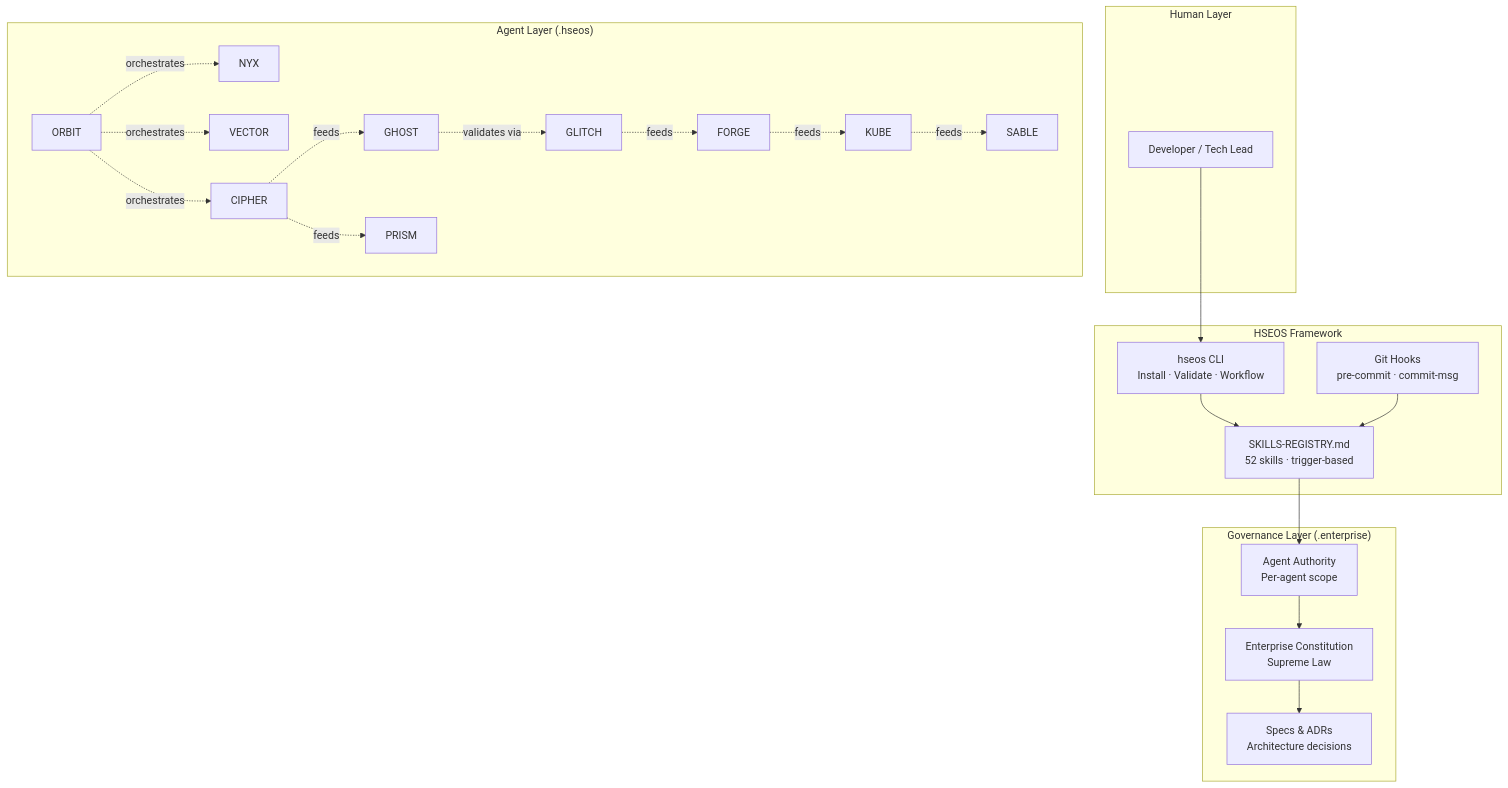
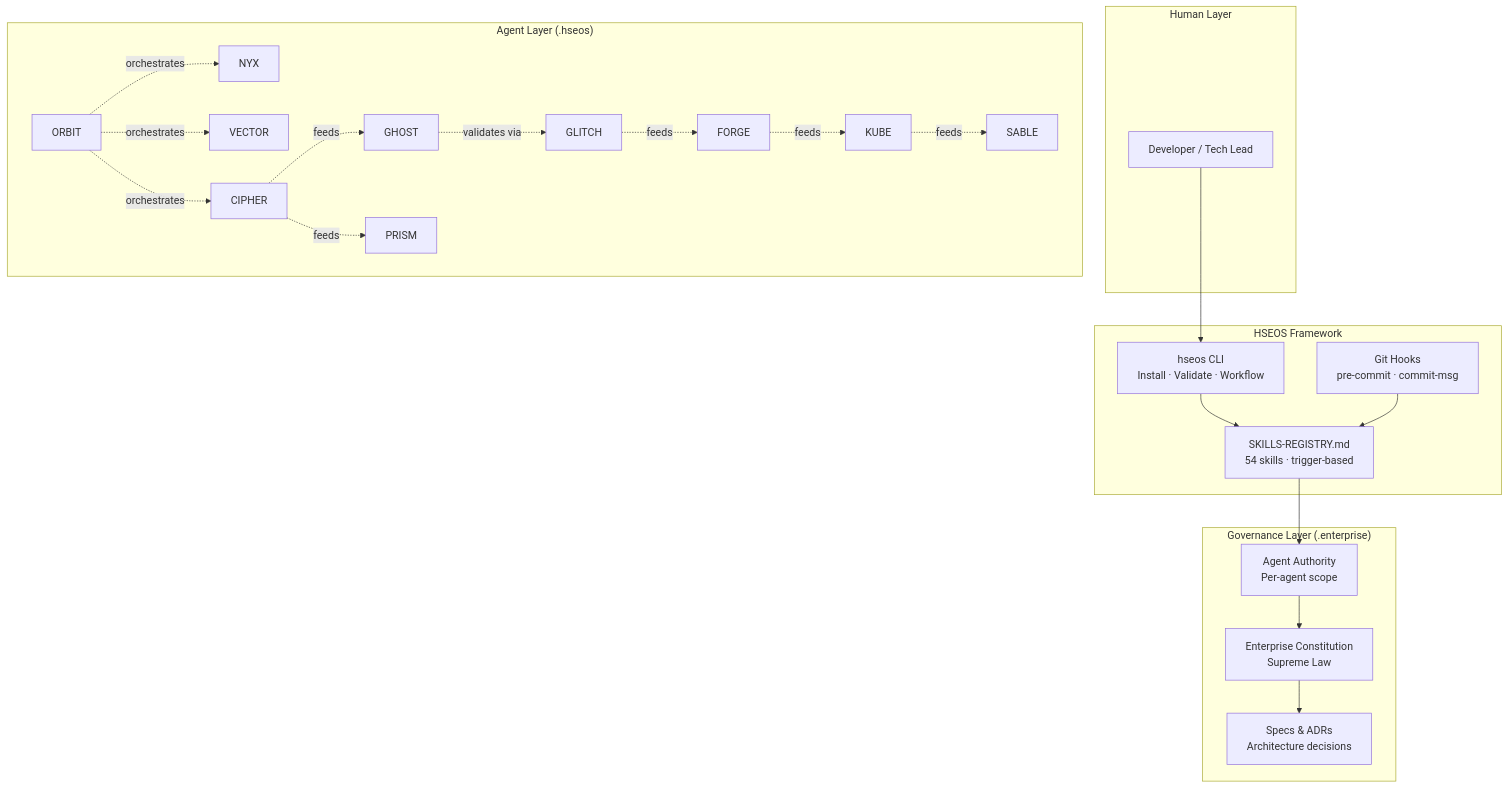
One commit to marciohideaki/enterprise-hseos changed the second of 2 diagrams in README.md. Above: the diagram before and after it, drawn with Mermaid. The commit also changed other lines of this file, not shown here.

````diff
--- a/README.md
+++ b/README.md
@@ -359,32 +359,32 @@
 ```mermaid
 graph TB
     subgraph "Human Layer"
         H[Developer / Tech Lead]
     end
 
     subgraph "HSEOS Framework"
         CLI[hseos CLI\nInstall · Validate · Workflow]
-        REGISTRY[SKILLS-REGISTRY.md\n52 skills · trigger-based]
+        REGISTRY[SKILLS-REGISTRY.md\n54 skills · trigger-based]
         HOOKS[Git Hooks\npre-commit · commit-msg]
     end
 
     subgraph "Governance Layer (.enterprise)"
         CONST[Enterprise Constitution\nSupreme Law]
         SPECS[Specs & ADRs\nArchitecture decisions]
         AGENTS_AUTH[Agent Authority\nPer-agent scope]
     end
 
     subgraph "Agent Layer (.hseos)"
         ORBIT -.orchestrates.-> NYX & VECTOR & CIPHER
         CIPHER -.feeds.-> GHOST & PRISM
         GHOST -.validates via.-> GLITCH
         GLITCH -.feeds.-> FORGE -.feeds.-> KUBE -.feeds.-> SABLE
     end
 
     H --> CLI
     CLI --> REGISTRY
     REGISTRY --> AGENTS_AUTH
     AGENTS_AUTH --> CONST
     CONST --> SPECS
     HOOKS --> REGISTRY
 ```
````
